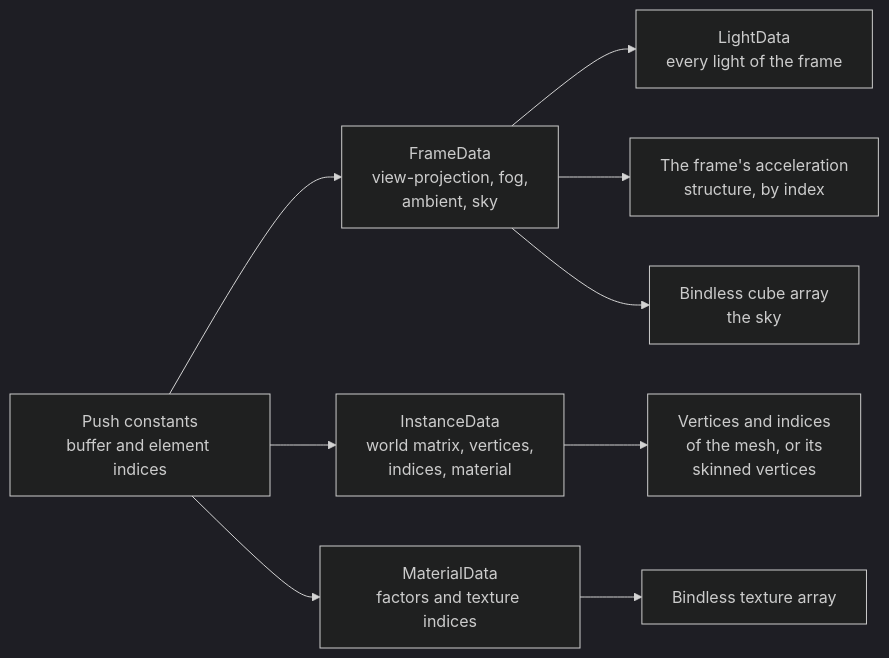
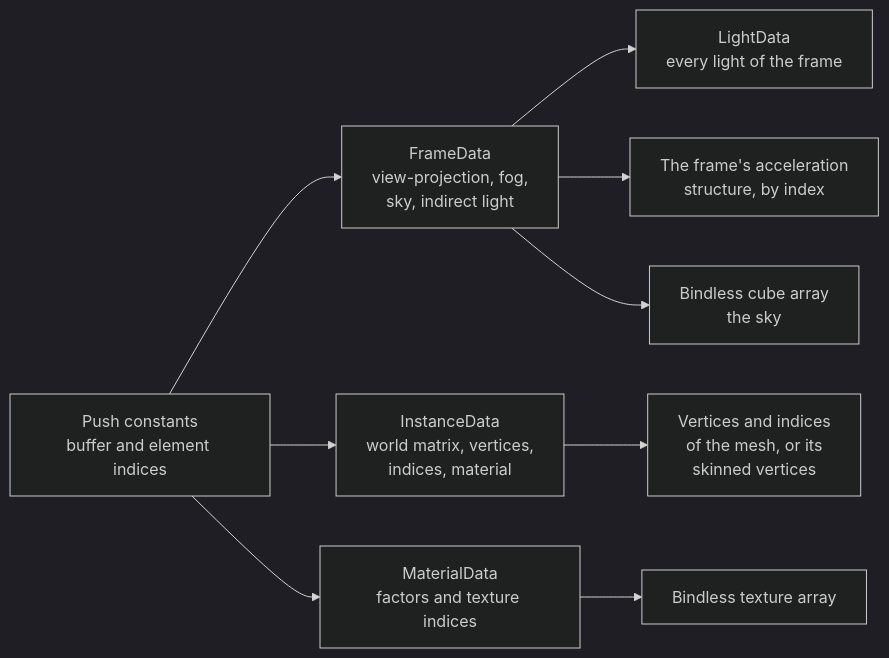
The seventh of 12 diagrams in docs/ARCHITECTURE.md (SBXdev3D/daidalos-engine-next), drawn with Mermaid (dark theme) before and after one commit. The commit also changed other lines of this file and 48 other files, not shown here.

````diff
--- a/docs/ARCHITECTURE.md
+++ b/docs/ARCHITECTURE.md
@@ -163,11 +163,11 @@
 ```mermaid
 flowchart LR
-    P["Push constants<br/>buffer and element indices"] --> FB["FrameData<br/>view-projection, fog,<br/>ambient, sky"]
+    P["Push constants<br/>buffer and element indices"] --> FB["FrameData<br/>view-projection, fog,<br/>sky, indirect light"]
     FB --> LB["LightData<br/>every light of the frame"]
     P --> IB["InstanceData<br/>world matrix, vertices,<br/>indices, material"]
     IB --> VB["Vertices and indices<br/>of the mesh, or its<br/>skinned vertices"]
     P --> MB["MaterialData<br/>factors and texture indices"]
     MB --> T["Bindless texture array"]
     FB --> AS["The frame's acceleration<br/>structure, by index"]
     FB --> CT["Bindless cube array<br/>the sky"]
 ```
````
